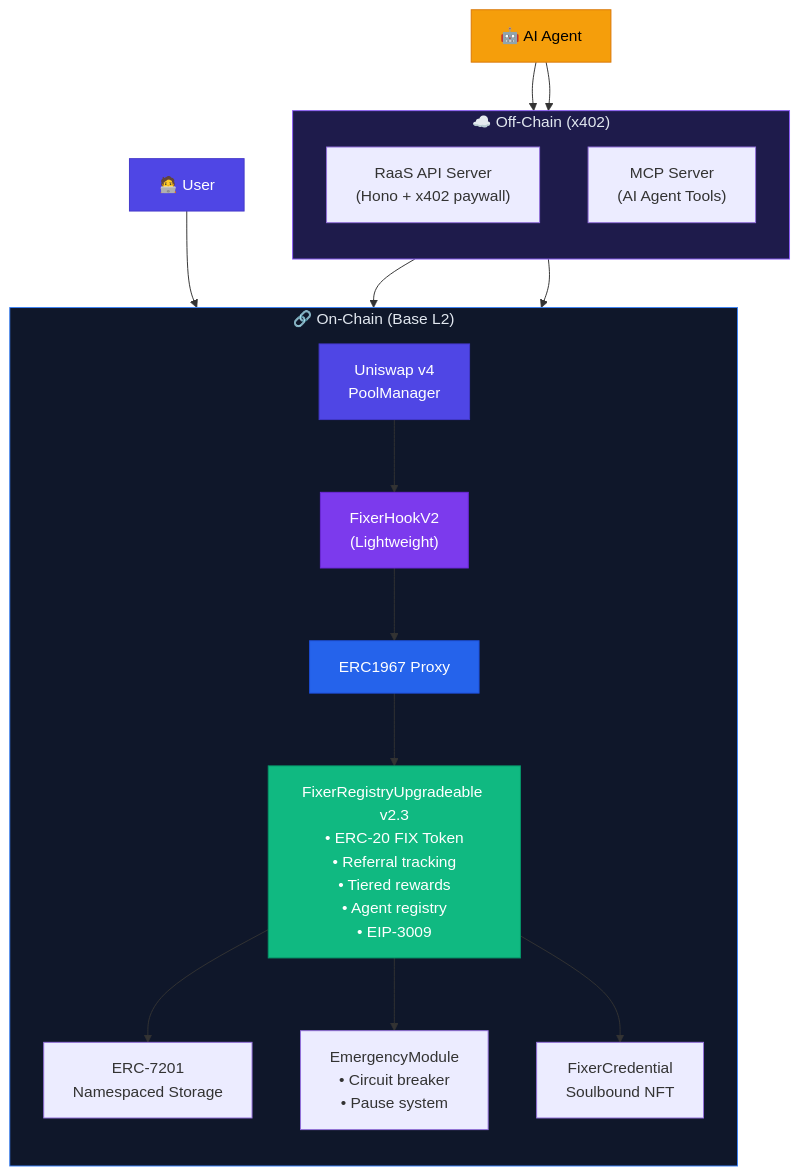
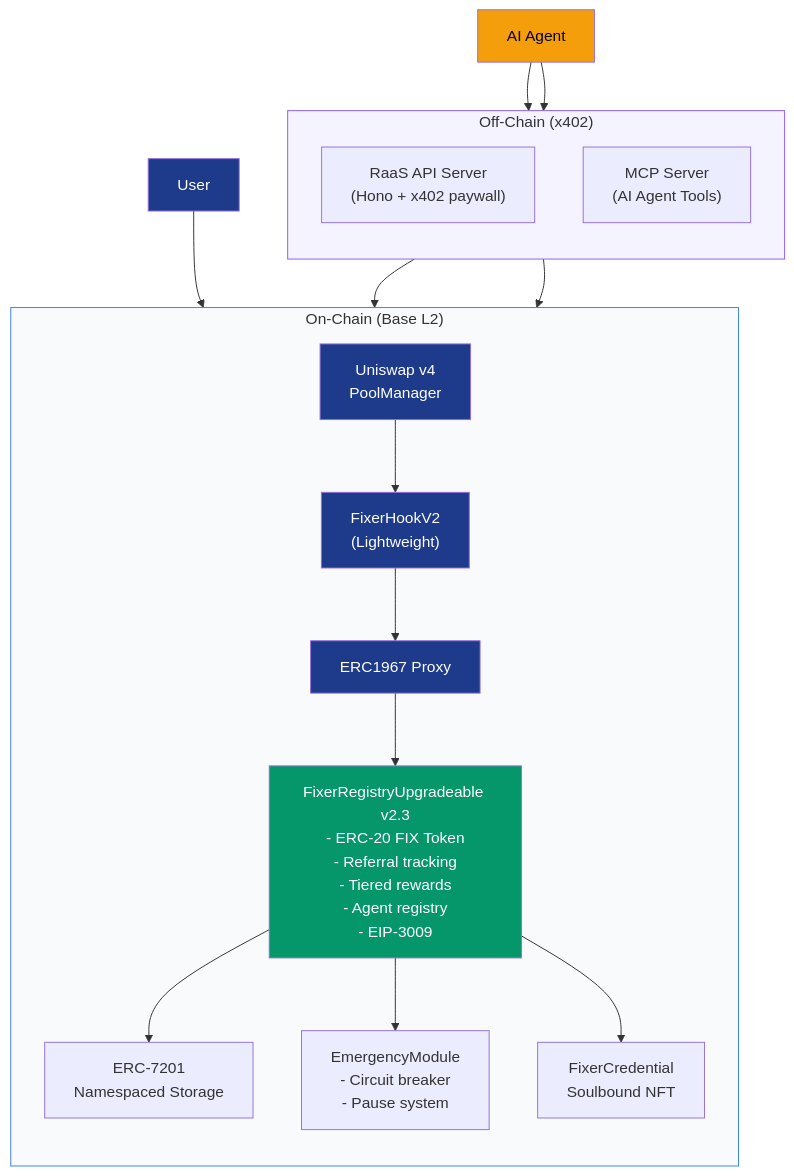
Before and after one commit to guglxni/the-fixer-hook: the fourth of 4 diagrams in README.md, drawn with Mermaid. The commit also changed other lines of this file and 5 other files, not shown here.

Commit message:
Professional README architecture diagram, emoji cleanup, screenshot removal

````diff
--- a/README.md
+++ b/README.md
@@ -439,33 +423,33 @@
 ```mermaid
 flowchart TD
-    subgraph onchain["🔗 On-Chain (Base L2)"]
+    subgraph onchain["On-Chain (Base L2)"]
         direction TB
         PM["Uniswap v4\nPoolManager"] --> HookV2["FixerHookV2\n(Lightweight)"]
         HookV2 --> Proxy["ERC1967 Proxy"]
-        Proxy --> Registry["FixerRegistryUpgradeable v2.3\n• ERC-20 FIX Token\n• Referral tracking\n• Tiered rewards\n• Agent registry\n• EIP-3009"]
+        Proxy --> Registry["FixerRegistryUpgradeable v2.3\n- ERC-20 FIX Token\n- Referral tracking\n- Tiered rewards\n- Agent registry\n- EIP-3009"]
         Registry --> Storage["ERC-7201\nNamespaced Storage"]
-        Registry --> Emergency["EmergencyModule\n• Circuit breaker\n• Pause system"]
+        Registry --> Emergency["EmergencyModule\n- Circuit breaker\n- Pause system"]
         Registry --> Cred["FixerCredential\nSoulbound NFT"]
     end
 
-    subgraph offchain["☁️ Off-Chain (x402)"]
+    subgraph offchain["Off-Chain (x402)"]
         direction TB
         RaaS["RaaS API Server\n(Hono + x402 paywall)"]
         MCP["MCP Server\n(AI Agent Tools)"]
     end
 
-    Agent["🤖 AI Agent"] --> MCP
+    Agent["AI Agent"] --> MCP
     Agent --> RaaS
     RaaS --> Proxy
     MCP --> Proxy
-    User["🧑‍💻 User"] --> PM
+    User["User"] --> PM
 
-    style onchain fill:#0F172A,color:#E2E8F0,stroke:#3B82F6
-    style offchain fill:#1E1B4B,color:#E2E8F0,stroke:#8B5CF6
-    style PM fill:#4F46E5,color:#fff,stroke:#4338CA
-    style HookV2 fill:#7C3AED,color:#fff,stroke:#6D28D9
-    style Proxy fill:#2563EB,color:#fff,stroke:#1D4ED8
-    style Registry fill:#10B981,color:#fff,stroke:#059669
-    style Agent fill:#F59E0B,color:#000,stroke:#D97706
-    style User fill:#4F46E5,color:#fff,stroke:#4338CA
+    style onchain fill:#f8fafc,stroke:#3b82f6
+    style offchain fill:#f5f3ff,stroke:#8b5cf6
+    style PM fill:#1e3a8a,color:#fff
+    style HookV2 fill:#1e3a8a,color:#fff
+    style Proxy fill:#1e3a8a,color:#fff
+    style Registry fill:#059669,color:#fff
+    style Agent fill:#f59e0b,color:#000
+    style User fill:#1e3a8a,color:#fff
 ```
````
